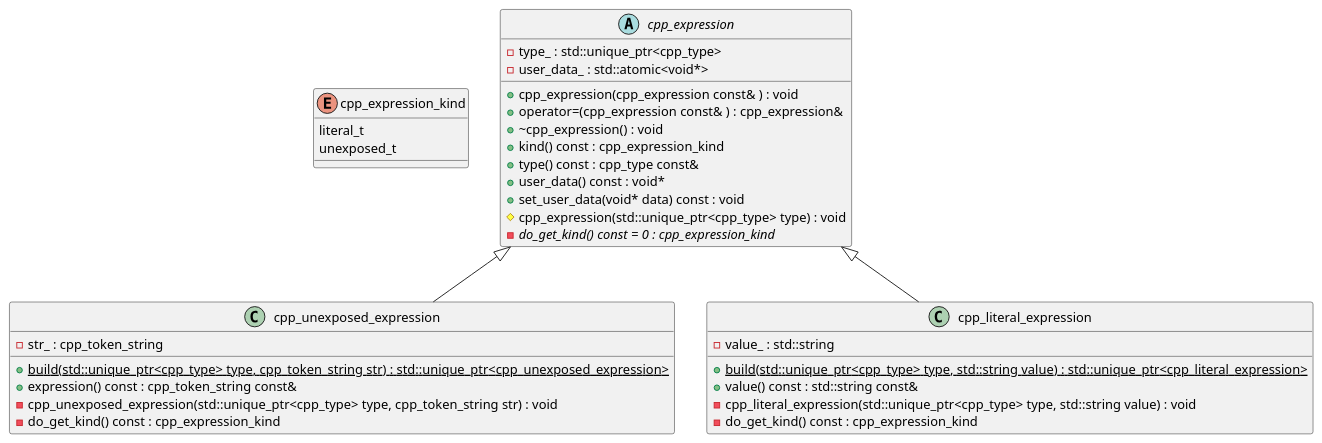
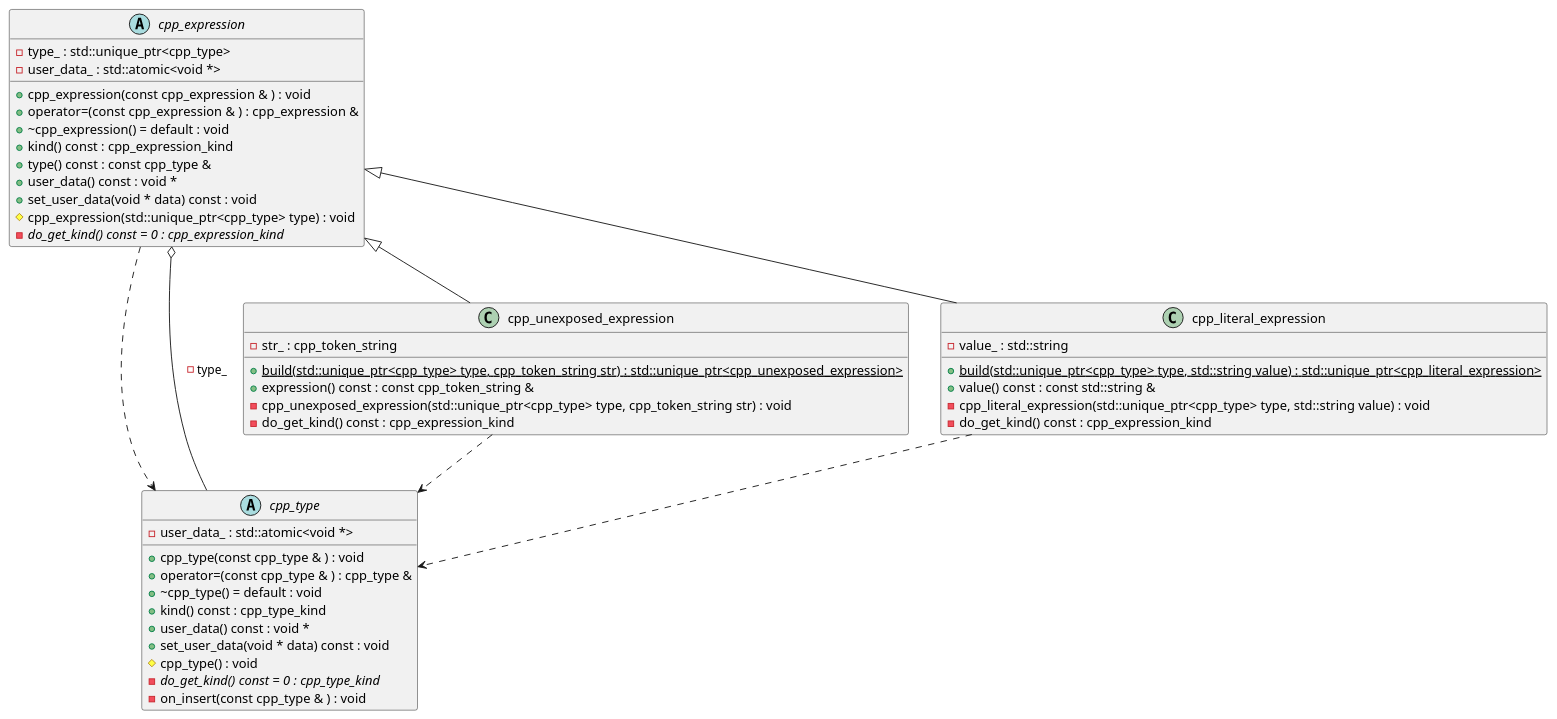
The diagram in cppast/puml/cpp_expression_class_diagram.puml (bkryza/clang-uml-examples), drawn with PlantUML before and after one commit. The commit also changed 16 other files, not shown here.

Commit message:
Updated cppast diagrams to clang-uml 0.2.0

```diff
--- a/cppast/puml/cpp_expression_class_diagram.puml
+++ b/cppast/puml/cpp_expression_class_diagram.puml
@@ -1,39 +1,51 @@
 @startuml
-enum "cpp_expression_kind" as C_0000000045
-enum C_0000000045 [[https://github.com/foonathan/cppast/blob/19cbc378f8a6b3fe7d04b309784a3a0920de9e75/include/cppast/cpp_expression.hpp#L16{The kind of a [cppast::cpp_expression]().}]] {
-literal_t
-unexposed_t
+abstract "cpp_type" as C_0001585653041236922459
+abstract C_0001585653041236922459 [[https://github.com/foonathan/cppast/blob/f81be80b524a88533f7e5eefd96fe10dc59cc289/include/cppast/cpp_type.hpp#L44{Base class for all C++ types.}]] {
++cpp_type(const cpp_type & ) : void
++operator=(const cpp_type & ) : cpp_type &
++~cpp_type() = default : void
++kind() const : cpp_type_kind
++user_data() const : void *
++set_user_data(void * data) const : void
+#cpp_type() : void
+{abstract} -do_get_kind() const = 0 : cpp_type_kind
+-on_insert(const cpp_type & ) : void
+-user_data_ : std::atomic<void *> [[[https://github.com/foonathan/cppast/blob/f81be80b524a88533f7e5eefd96fe10dc59cc289/include/cppast/cpp_type.hpp#L85{user_data_}]]]
 }
-abstract "cpp_expression" as C_0000000051
-abstract C_0000000051 [[https://github.com/foonathan/cppast/blob/19cbc378f8a6b3fe7d04b309784a3a0920de9e75/include/cppast/cpp_expression.hpp#L24{Base class for all C++ expressions.}]] {
-+cpp_expression(cpp_expression const& ) : void [[[https://github.com/foonathan/cppast/blob/19cbc378f8a6b3fe7d04b309784a3a0920de9e75/include/cppast/cpp_expression.hpp#L27{cpp_expression}]]]
-+operator=(cpp_expression const& ) : cpp_expression& [[[https://github.com/foonathan/cppast/blob/19cbc378f8a6b3fe7d04b309784a3a0920de9e75/include/cppast/cpp_expression.hpp#L28{operator=}]]]
-+~cpp_expression() : void [[[https://github.com/foonathan/cppast/blob/19cbc378f8a6b3fe7d04b309784a3a0920de9e75/include/cppast/cpp_expression.hpp#L30{~cpp_expression}]]]
-+kind() const : cpp_expression_kind [[[https://github.com/foonathan/cppast/blob/19cbc378f8a6b3fe7d04b309784a3a0920de9e75/include/cppast/cpp_expression.hpp#L33{\returns The [cppast::cpp_expression_kind]().}]]]
-+type() const : cpp_type const& [[[https://github.com/foonathan/cppast/blob/19cbc378f8a6b3fe7d04b309784a3a0920de9e75/include/cppast/cpp_expression.hpp#L39{\returns The type of the expression.}]]]
-+user_data() const : void* [[[https://github.com/foonathan/cppast/blob/19cbc378f8a6b3fe7d04b309784a3a0920de9e75/include/cppast/cpp_expression.hpp#L45{\returns The specified user data.}]]]
-+set_user_data(void* data) const : void [[[https://github.com/foonathan/cppast/blob/19cbc378f8a6b3fe7d04b309784a3a0920de9e75/include/cppast/cpp_expression.hpp#L57{\effects Sets some kind of user data. User data is just some kind of pointer, there are no requirements. The class will do no lifetime management. User data is useful if you need to store additional data for an entity without the need to maintain a regi...}]]]
-#cpp_expression(std::unique_ptr<cpp_type> type) : void [[[https://github.com/foonathan/cppast/blob/19cbc378f8a6b3fe7d04b309784a3a0920de9e75/include/cppast/cpp_expression.hpp#L65{\effects Creates it given the type. \requires The type must not be `nullptr`.}]]]
-{abstract} -do_get_kind() const = 0 : cpp_expression_kind [[[https://github.com/foonathan/cppast/blob/19cbc378f8a6b3fe7d04b309784a3a0920de9e75/include/cppast/cpp_expression.hpp#L72{\returns The [cppast::cpp_expression_kind]().}]]]
--type_ : std::unique_ptr<cpp_type> [[[https://github.com/foonathan/cppast/blob/19cbc378f8a6b3fe7d04b309784a3a0920de9e75/include/cppast/cpp_expression.hpp#L74{type_}]]]
--user_data_ : std::atomic<void*> [[[https://github.com/foonathan/cppast/blob/19cbc378f8a6b3fe7d04b309784a3a0920de9e75/include/cppast/cpp_expression.hpp#L75{user_data_}]]]
+abstract "cpp_expression" as C_0002228471918600734475
+abstract C_0002228471918600734475 [[https://github.com/foonathan/cppast/blob/f81be80b524a88533f7e5eefd96fe10dc59cc289/include/cppast/cpp_expression.hpp#L24{Base class for all C++ expressions.}]] {
++cpp_expression(const cpp_expression & ) : void
++operator=(const cpp_expression & ) : cpp_expression &
++~cpp_expression() = default : void
++kind() const : cpp_expression_kind
++type() const : const cpp_type &
++user_data() const : void *
++set_user_data(void * data) const : void
+#cpp_expression(std::unique_ptr<cpp_type> type) : void
+{abstract} -do_get_kind() const = 0 : cpp_expression_kind
+-type_ : std::unique_ptr<cpp_type> [[[https://github.com/foonathan/cppast/blob/f81be80b524a88533f7e5eefd96fe10dc59cc289/include/cppast/cpp_expression.hpp#L74{type_}]]]
+-user_data_ : std::atomic<void *> [[[https://github.com/foonathan/cppast/blob/f81be80b524a88533f7e5eefd96fe10dc59cc289/include/cppast/cpp_expression.hpp#L75{user_data_}]]]
 }
-class "cpp_unexposed_expression" as C_0000000083
-class C_0000000083 [[https://github.com/foonathan/cppast/blob/19cbc378f8a6b3fe7d04b309784a3a0920de9e75/include/cppast/cpp_expression.hpp#L81{An unexposed [cppast::cpp_expression](). There is no further information than a string available.}]] {
-{static} +build(std::unique_ptr<cpp_type> type, cpp_token_string str) : std::unique_ptr<cpp_unexposed_expression> [[[https://github.com/foonathan/cppast/blob/19cbc378f8a6b3fe7d04b309784a3a0920de9e75/include/cppast/cpp_expression.hpp#L85{\returns A newly created unexposed expression.}]]]
-+expression() const : cpp_token_string const& [[[https://github.com/foonathan/cppast/blob/19cbc378f8a6b3fe7d04b309784a3a0920de9e75/include/cppast/cpp_expression.hpp#L93{\returns The expression as a string.}]]]
--cpp_unexposed_expression(std::unique_ptr<cpp_type> type, cpp_token_string str) : void [[[https://github.com/foonathan/cppast/blob/19cbc378f8a6b3fe7d04b309784a3a0920de9e75/include/cppast/cpp_expression.hpp#L99{cpp_unexposed_expression}]]]
--do_get_kind() const : cpp_expression_kind [[[https://github.com/foonathan/cppast/blob/19cbc378f8a6b3fe7d04b309784a3a0920de9e75/include/cppast/cpp_expression.hpp#L103{do_get_kind}]]]
--str_ : cpp_token_string [[[https://github.com/foonathan/cppast/blob/19cbc378f8a6b3fe7d04b309784a3a0920de9e75/include/cppast/cpp_expression.hpp#L108{str_}]]]
+class "cpp_unexposed_expression" as C_0000978206085606851269
+class C_0000978206085606851269 [[https://github.com/foonathan/cppast/blob/f81be80b524a88533f7e5eefd96fe10dc59cc289/include/cppast/cpp_expression.hpp#L81{An unexposed [cppast::cpp_expression](). There is no further information than a string available.}]] {
+{static} +build(std::unique_ptr<cpp_type> type, cpp_token_string str) : std::unique_ptr<cpp_unexposed_expression>
++expression() const : const cpp_token_string &
+-cpp_unexposed_expression(std::unique_ptr<cpp_type> type, cpp_token_string str) : void
+-do_get_kind() const : cpp_expression_kind
+-str_ : cpp_token_string [[[https://github.com/foonathan/cppast/blob/f81be80b524a88533f7e5eefd96fe10dc59cc289/include/cppast/cpp_expression.hpp#L108{str_}]]]
 }
-class "cpp_literal_expression" as C_0000000101
-class C_0000000101 [[https://github.com/foonathan/cppast/blob/19cbc378f8a6b3fe7d04b309784a3a0920de9e75/include/cppast/cpp_expression.hpp#L112{A [cppast::cpp_expression]() that is a literal.}]] {
-{static} +build(std::unique_ptr<cpp_type> type, std::string value) : std::unique_ptr<cpp_literal_expression> [[[https://github.com/foonathan/cppast/blob/19cbc378f8a6b3fe7d04b309784a3a0920de9e75/include/cppast/cpp_expression.hpp#L116{\returns A newly created literal expression.}]]]
-+value() const : std::string const& [[[https://github.com/foonathan/cppast/blob/19cbc378f8a6b3fe7d04b309784a3a0920de9e75/include/cppast/cpp_expression.hpp#L124{\returns The value of the literal, as string.}]]]
--cpp_literal_expression(std::unique_ptr<cpp_type> type, std::string value) : void [[[https://github.com/foonathan/cppast/blob/19cbc378f8a6b3fe7d04b309784a3a0920de9e75/include/cppast/cpp_expression.hpp#L130{cpp_literal_expression}]]]
--do_get_kind() const : cpp_expression_kind [[[https://github.com/foonathan/cppast/blob/19cbc378f8a6b3fe7d04b309784a3a0920de9e75/include/cppast/cpp_expression.hpp#L134{do_get_kind}]]]
--value_ : std::string [[[https://github.com/foonathan/cppast/blob/19cbc378f8a6b3fe7d04b309784a3a0920de9e75/include/cppast/cpp_expression.hpp#L139{value_}]]]
+class "cpp_literal_expression" as C_0001481645313438672561
+class C_0001481645313438672561 [[https://github.com/foonathan/cppast/blob/f81be80b524a88533f7e5eefd96fe10dc59cc289/include/cppast/cpp_expression.hpp#L112{A [cppast::cpp_expression]() that is a literal.}]] {
+{static} +build(std::unique_ptr<cpp_type> type, std::string value) : std::unique_ptr<cpp_literal_expression>
++value() const : const std::string &
+-cpp_literal_expression(std::unique_ptr<cpp_type> type, std::string value) : void
+-do_get_kind() const : cpp_expression_kind
+-value_ : std::string [[[https://github.com/foonathan/cppast/blob/f81be80b524a88533f7e5eefd96fe10dc59cc289/include/cppast/cpp_expression.hpp#L139{value_}]]]
 }
-C_0000000051 <|-- C_0000000083
-C_0000000051 <|-- C_0000000101
+C_0002228471918600734475 ..> C_0001585653041236922459
+C_0002228471918600734475 o-- C_0001585653041236922459 : -type_
+C_0000978206085606851269 ..> C_0001585653041236922459
+C_0002228471918600734475 <|-- C_0000978206085606851269
+C_0001481645313438672561 ..> C_0001585653041236922459
+C_0002228471918600734475 <|-- C_0001481645313438672561
 @enduml
```
